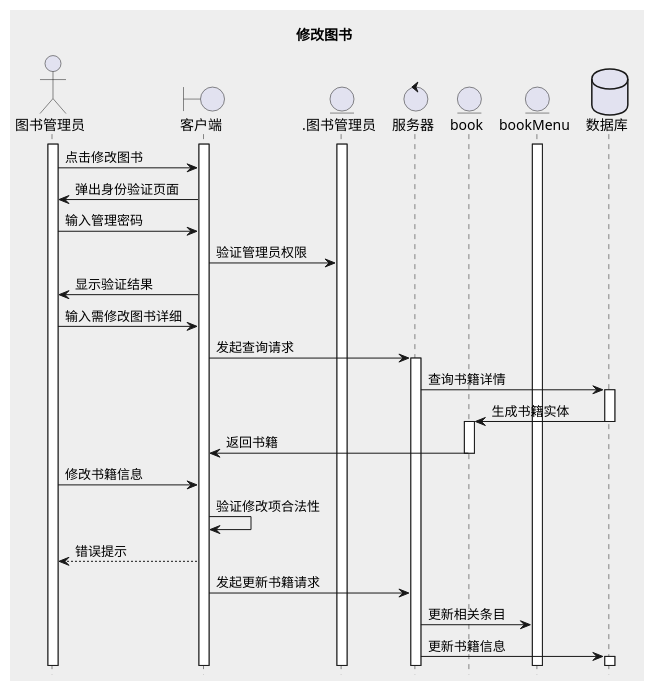
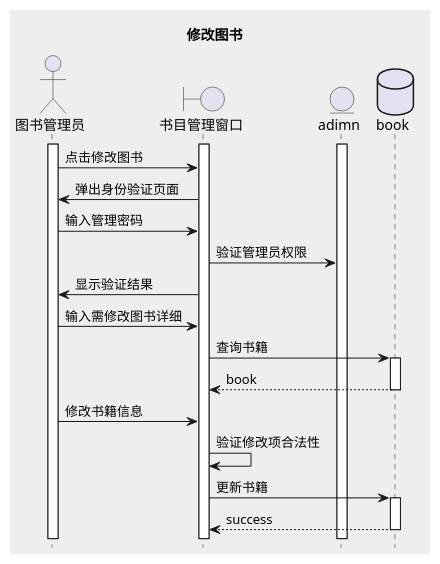
Before and after one commit to 201610414130/is_analysis-4: the eighth of 11 diagrams in test4/uaseCase.pu, drawn with PlantUML. The commit also changed other lines of this file and 13 other files, not shown here.

```diff
--- a/test4/uaseCase.pu
+++ b/test4/uaseCase.pu
@@ -201,38 +163,28 @@
 @startuml 书目管理(修改图书)
 skinparam backgroundColor #eee
 title 修改图书
 hide footbox
 actor 图书管理员
-boundary 客户端
-entity .图书管理员
-control 服务器
-entity book
-entity bookMenu
-database 数据库
+boundary 书目管理窗口
+entity adimn
+database book
 activate 图书管理员
-activate 客户端
-activate .图书管理员
-activate bookMenu
-图书管理员->客户端: 点击修改图书
-客户端->图书管理员: 弹出身份验证页面
-图书管理员->客户端: 输入管理密码
-客户端->.图书管理员: 验证管理员权限
-客户端->图书管理员: 显示验证结果
-图书管理员->客户端: 输入需修改图书详细
-客户端->服务器: 发起查询请求
-activate 服务器
-服务器->数据库: 查询书籍详情
-activate 数据库
-数据库->book: 生成书籍实体
-deactivate 数据库
+activate 书目管理窗口
+activate adimn
+图书管理员->书目管理窗口: 点击修改图书
+书目管理窗口->图书管理员: 弹出身份验证页面
+图书管理员->书目管理窗口: 输入管理密码
+书目管理窗口->adimn: 验证管理员权限
+书目管理窗口->图书管理员: 显示验证结果
+图书管理员->书目管理窗口: 输入需修改图书详细
+书目管理窗口->book: 查询书籍
 activate book
-book->客户端: 返回书籍
+book-->书目管理窗口: book
 deactivate book
-图书管理员->客户端: 修改书籍信息
-客户端->客户端: 验证修改项合法性
-客户端-->图书管理员: 错误提示
-客户端->服务器: 发起更新书籍请求
-服务器->bookMenu: 更新相关条目
-服务器->数据库: 更新书籍信息
-activate 数据库
+图书管理员->书目管理窗口: 修改书籍信息
+书目管理窗口->书目管理窗口: 验证修改项合法性
+书目管理窗口->book: 更新书籍
+activate book
+book-->书目管理窗口: success
+deactivate book
 @enduml
```
